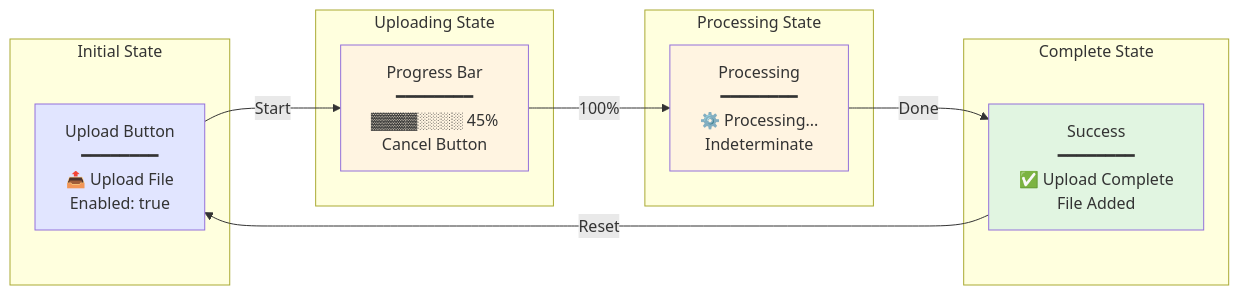
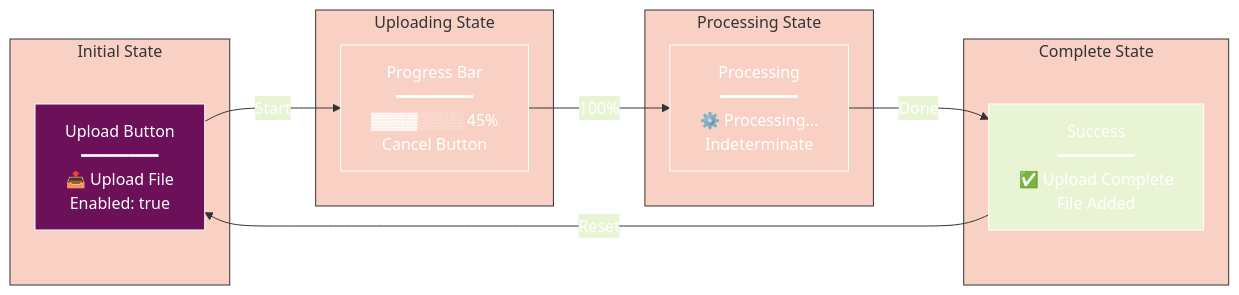
The ninth of 13 diagrams in docs/components/FILE_UPLOADER.md (radicalkjax/Athena), drawn with Mermaid before and after one commit. The commit also changed other lines of this file and 27 other files, not shown here.

Commit message:
Introduction of expo package manager. Updated docs to reflect changes. Unified mermaid theme for docs.

````diff
--- a/docs/components/FILE_UPLOADER.md
+++ b/docs/components/FILE_UPLOADER.md
@@ -402,28 +570,49 @@
 ```mermaid
+%%{init: {
+  'theme': 'base',
+  'themeVariables': {
+    'primaryColor': '#6d105a',
+    'primaryTextColor': '#ffffff',
+    'primaryBorderColor': '#ffffff',
+    'lineColor': '#333333',
+    'secondaryColor': '#e8f4d4',
+    'secondaryTextColor': '#333333',
+    'secondaryBorderColor': '#333333',
+    'tertiaryColor': '#f9d0c4',
+    'tertiaryTextColor': '#333333',
+    'tertiaryBorderColor': '#333333',
+    'background': '#ffffff',
+    'mainBkg': '#6d105a',
+    'secondBkg': '#e8f4d4',
+    'tertiaryBkg': '#f9d0c4',
+    'textColor': '#333333',
+    'fontFamily': 'Arial, sans-serif'
+  }
+}}%%
 graph LR
     subgraph "Initial State"
         A[Upload Button<br/>━━━━━━━━<br/>📤 Upload File<br/>Enabled: true]
     end
     
     subgraph "Uploading State"
         B[Progress Bar<br/>━━━━━━━━<br/>▓▓▓▓░░░░ 45%<br/>Cancel Button]
     end
     
     subgraph "Processing State"
         C[Processing<br/>━━━━━━━━<br/>⚙️ Processing...<br/>Indeterminate]
     end
     
     subgraph "Complete State"
         D[Success<br/>━━━━━━━━<br/>✅ Upload Complete<br/>File Added]
     end
     
     A -->|Start| B
     B -->|100%| C
     C -->|Done| D
     D -->|Reset| A
     
-    style A fill:#e1e5ff
-    style B fill:#fff4e1
-    style C fill:#fff4e1
-    style D fill:#e1f5e1
+    style A fill:#6d105a
+    style B fill:#f9d0c4
+    style C fill:#f9d0c4
+    style D fill:#e8f4d4
 ```
````
